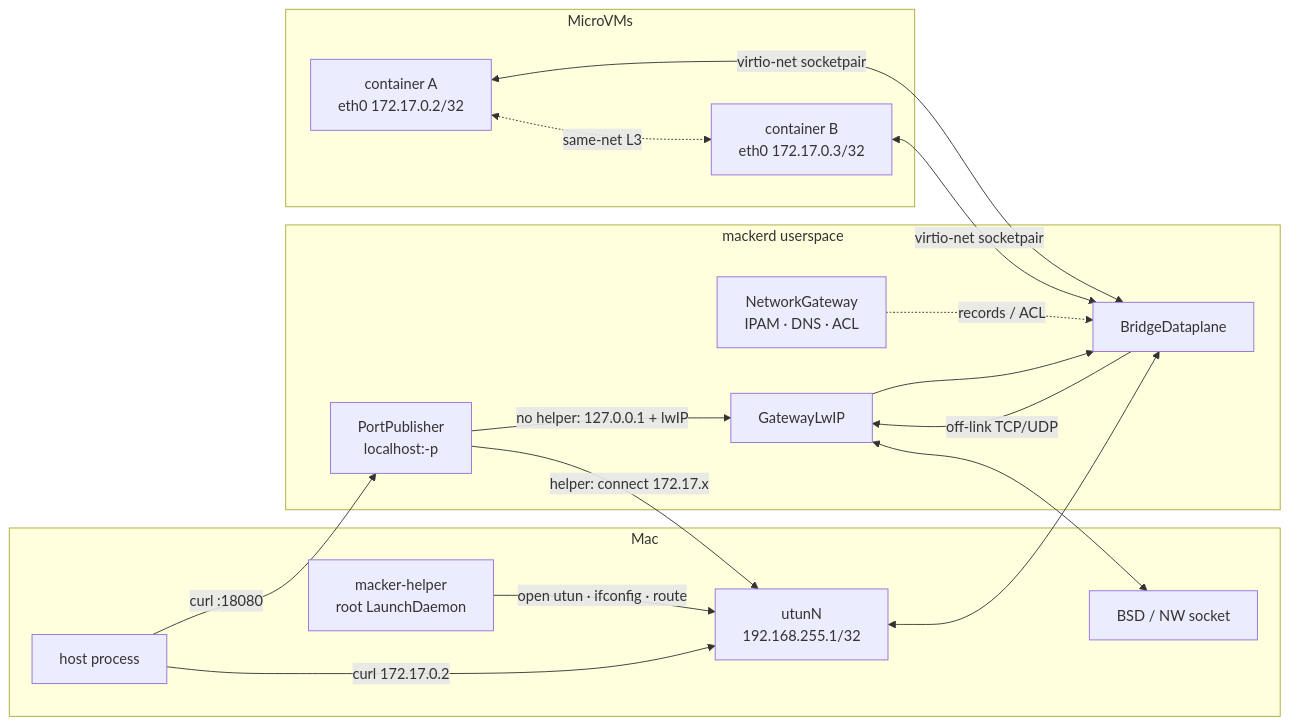
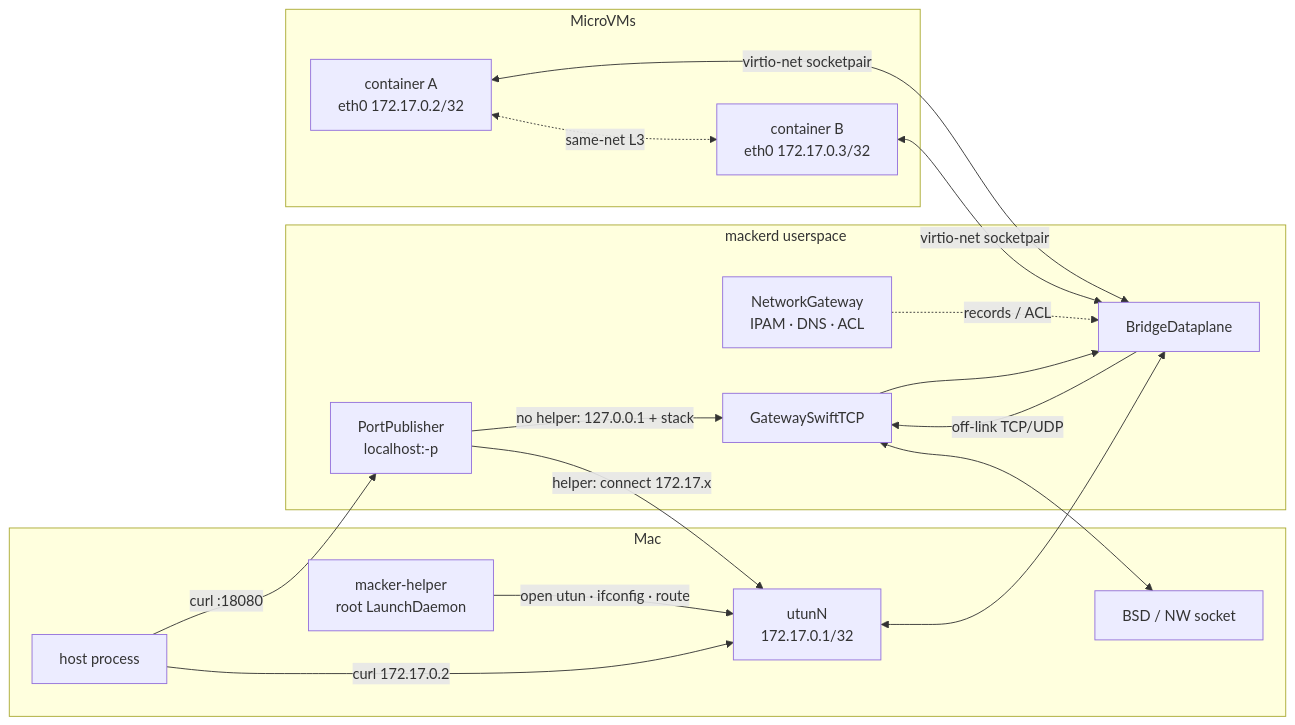
Before and after one commit to macker-io/macker: the second of 4 diagrams in docs/networking.md, drawn with Mermaid. The commit also changed other lines of this file and 38 other files, not shown here.

First line of the commit message:
Replace lwIP with in-process SwiftTCP for bridge outbound.

````diff
--- a/docs/networking.md
+++ b/docs/networking.md
@@ -48,35 +48,35 @@
 ```mermaid
 flowchart LR
   subgraph mac["Mac"]
     App["host process"]
     Helper["macker-helper<br/>root LaunchDaemon"]
-    Utun["utunN<br/>192.168.255.1/32"]
+    Utun["utunN<br/>172.17.0.1/32"]
     Sock["BSD / NW socket"]
   end
 
   subgraph daemon["mackerd userspace"]
     GW["NetworkGateway<br/>IPAM · DNS · ACL"]
     DP["BridgeDataplane"]
-    LW["GatewayLwIP"]
+    ST["GatewaySwiftTCP"]
     Pub["PortPublisher<br/>localhost:-p"]
   end
 
   subgraph guests["MicroVMs"]
     A["container A<br/>eth0 172.17.0.2/32"]
     B["container B<br/>eth0 172.17.0.3/32"]
   end
 
   A <-->|"virtio-net socketpair"| DP
   B <-->|"virtio-net socketpair"| DP
   A <-.->|"same-net L3"| B
   GW -.->|"records / ACL"| DP
-  DP -->|"off-link TCP/UDP"| LW
-  LW <--> Sock
-  LW --> DP
-  Pub -->|"no helper: 127.0.0.1 + lwIP"| LW
+  DP -->|"off-link TCP/UDP"| ST
+  ST <--> Sock
+  ST --> DP
+  Pub -->|"no helper: 127.0.0.1 + stack"| ST
   Pub -->|"helper: connect 172.17.x"| Utun
   App -->|"curl :18080"| Pub
   Helper -->|"open utun · ifconfig · route"| Utun
   App -->|"curl 172.17.0.2"| Utun
   Utun <--> DP
 ```
````
